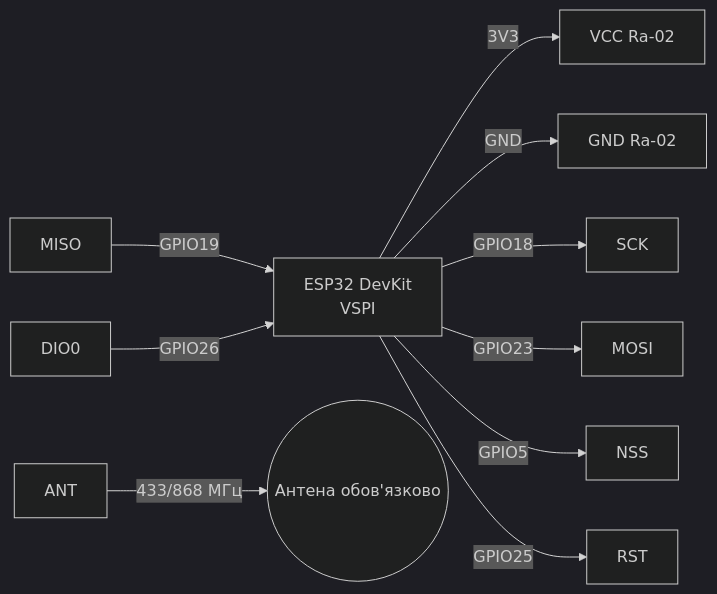
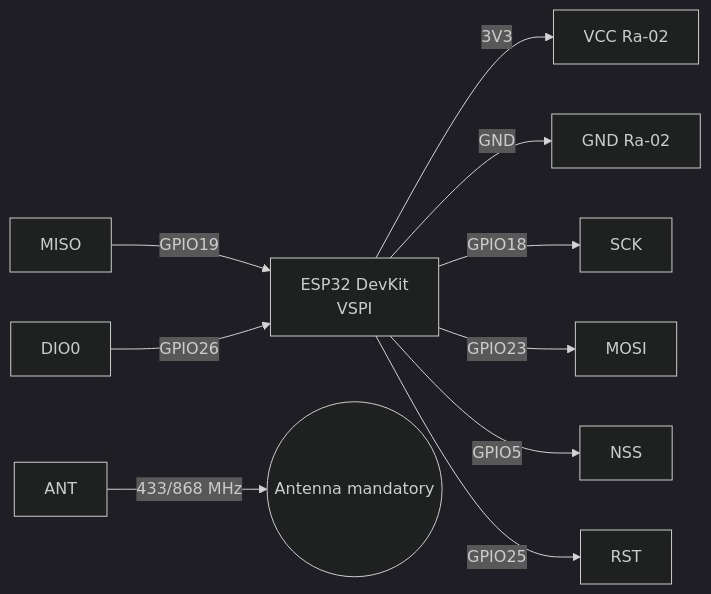
The second of 2 diagrams in obsidian_vault/ESP32-Reference/EN/12-Comm-Modules/02-NRF24-LoRa.en.md (ksalab/embedded-reference), drawn with Mermaid (dark theme) before and after one commit. The commit also changed other lines of this file and 76 other files, not shown here.

````diff
--- a/obsidian_vault/ESP32-Reference/EN/12-Comm-Modules/02-NRF24-LoRa.en.md
+++ b/obsidian_vault/ESP32-Reference/EN/12-Comm-Modules/02-NRF24-LoRa.en.md
@@ -183,12 +183,12 @@
 ```mermaid
 graph LR
     ESP32[ESP32 DevKit<br/>VSPI] -->|3V3| VCC[VCC Ra-02]
     ESP32 -->|GND| GNDM[GND Ra-02]
     ESP32 -->|GPIO18| SCK[SCK]
     ESP32 -->|GPIO23| MOSI[MOSI]
     MISO[MISO] -->|GPIO19| ESP32
     ESP32 -->|GPIO5| NSS[NSS]
     ESP32 -->|GPIO25| RST[RST]
     DIO0[DIO0] -->|GPIO26| ESP32
-    RA[ANT] -->|433/868 МГц| ANTENA((Антена обов'язково))
+    RA[ANT] -->|433/868 MHz| ANTENA((Antenna mandatory))
 ```
````
